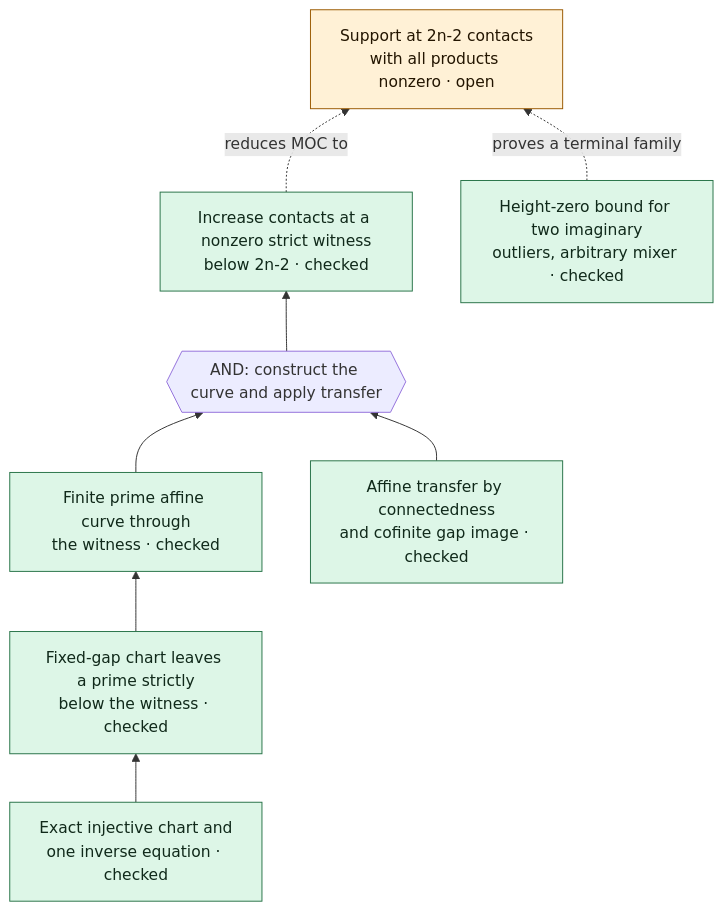
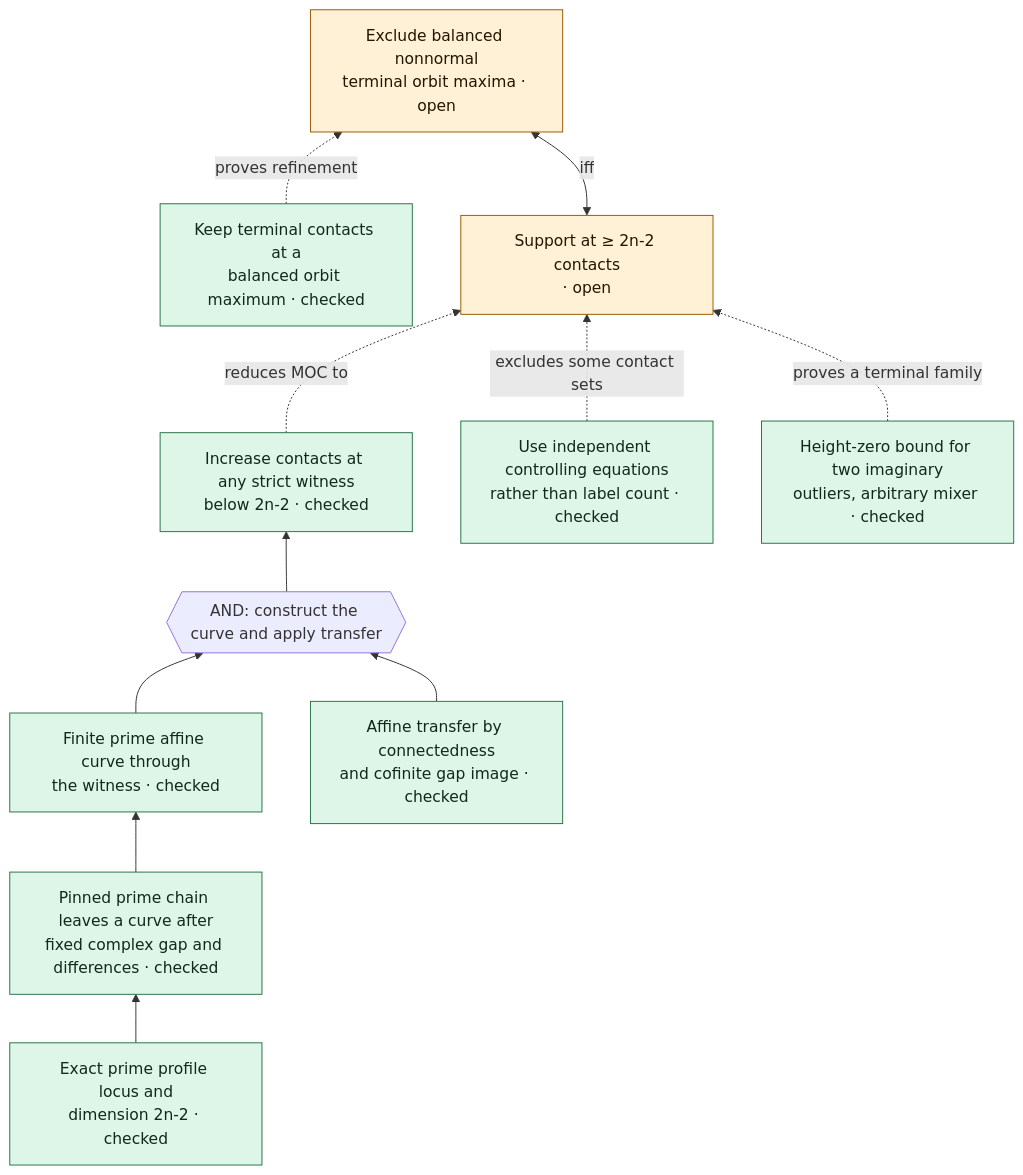
One commit to ascendnoosphere/MOC changed the fourth of 4 diagrams in Lean/ProofTree.md. Above: the diagram before and after it, drawn with Mermaid. The commit also changed other lines of this file and 29 other files, not shown here.

Commit message:
MOC: preserve terminal contacts at balanced unitary extrema

````diff
--- a/Lean/ProofTree.md
+++ b/Lean/ProofTree.md
@@ -110,20 +112,26 @@
 ```mermaid
 flowchart BT
-    TRANSFER["Increase contacts at a nonzero strict witness<br/>below 2n-2 · checked"]:::checked
+    TRANSFER["Increase contacts at any strict witness<br/>below 2n-2 · checked"]:::checked
     BOTH{{"AND: construct the curve and apply transfer"}}
-    CUT["Fixed-gap chart leaves a prime strictly<br/>below the witness · checked"]:::checked
+    CUT["Pinned prime chain leaves a curve after<br/>fixed complex gap and differences · checked"]:::checked
     MODEL["Finite prime affine curve through<br/>the witness · checked"]:::checked
     STEP["Affine transfer by connectedness<br/>and cofinite gap image · checked"]:::checked
-    CHART["Exact injective chart and<br/>one inverse equation · checked"]:::checked
-    TERMINAL["Support at 2n-2 contacts<br/>with all products nonzero · open"]:::open
+    CHART["Exact prime profile locus and<br/>dimension 2n-2 · checked"]:::checked
+    TERMINAL["Support at ≥ 2n-2 contacts<br/>· open"]:::open
+    BALANCE["Keep terminal contacts at a<br/>balanced orbit maximum · checked"]:::checked
+    BUDGET["Use independent controlling equations<br/>rather than label count · checked"]:::checked
+    TIGHT["Exclude balanced nonnormal<br/>terminal orbit maxima · open"]:::open
     OUTLIER["Height-zero bound for two imaginary<br/>outliers, arbitrary mixer · checked"]:::checked
     CHART --> CUT
     CUT --> MODEL
     MODEL --> BOTH
     STEP --> BOTH
     BOTH --> TRANSFER
     TRANSFER -. reduces MOC to .-> TERMINAL
+    BALANCE -. proves refinement .-> TIGHT
+    BUDGET -. excludes some contact sets .-> TERMINAL
+    TERMINAL <-->|iff| TIGHT
     OUTLIER -. proves a terminal family .-> TERMINAL
     classDef open fill:#fff1d6,stroke:#9a5900,color:#231500
     classDef checked fill:#ddf6e7,stroke:#287348,color:#10291a
 ```
````
